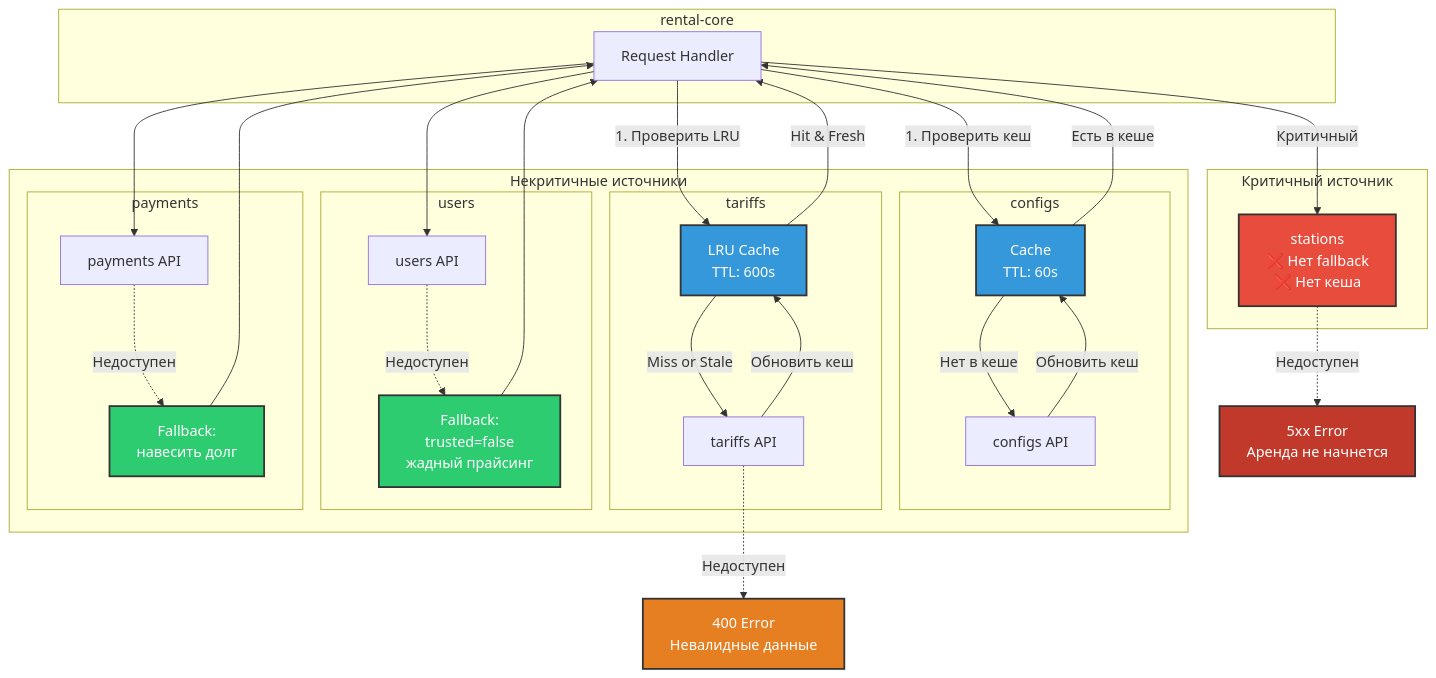
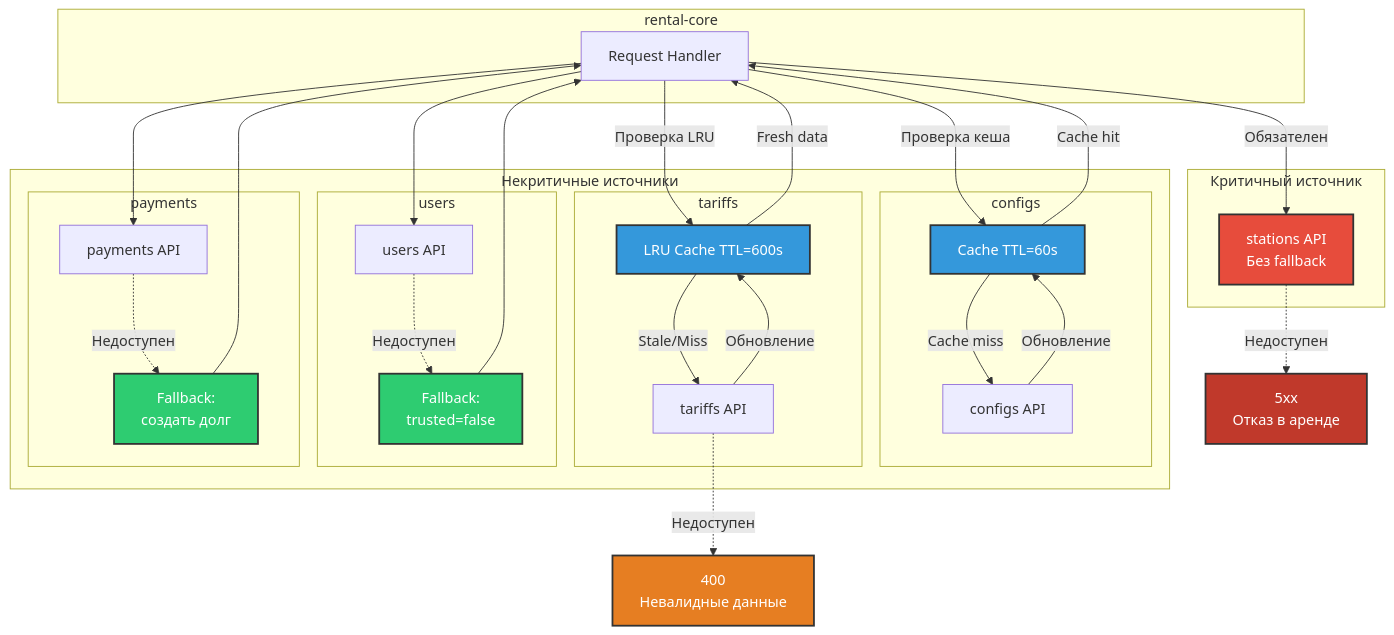
The first of 2 diagrams in diagrams/05-reliability-patterns.md (AlexanderExp/SysDesign-HW-1), drawn with Mermaid before and after one commit. The commit also changed other lines of this file and 4 other files, not shown here.

Commit message:
fixed diagrams

````diff
--- a/diagrams/05-reliability-patterns.md
+++ b/diagrams/05-reliability-patterns.md
@@ -5,62 +5,62 @@
 ```mermaid
 graph TB
     subgraph "rental-core"
         RC[Request Handler]
     end
     
     subgraph "Критичный источник"
-        ST[stations<br/>❌ Нет fallback<br/>❌ Нет кеша]
+        ST[stations API<br/>Без fallback]
     end
     
     subgraph "Некритичные источники"
         subgraph "configs"
             CF[configs API]
-            CC[Cache<br/>TTL: 60s]
+            CC[Cache TTL=60s]
         end
         
         subgraph "tariffs"
             TF[tariffs API]
-            TC[LRU Cache<br/>TTL: 600s]
+            TC[LRU Cache TTL=600s]
         end
         
         subgraph "users"
             UF[users API]
-            UFALLBACK[Fallback:<br/>trusted=false<br/>жадный прайсинг]
+            UFALLBACK[Fallback:<br/>trusted=false]
         end
         
         subgraph "payments"
             PF[payments API]
-            PFALLBACK[Fallback:<br/>навесить долг]
+            PFALLBACK[Fallback:<br/>создать долг]
         end
     end
     
-    RC -->|Критичный| ST
-    ST -.->|Недоступен| ERR[5xx Error<br/>Аренда не начнется]
+    RC -->|Обязателен| ST
+    ST -.->|Недоступен| ERR[5xx<br/>Отказ в аренде]
     
-    RC -->|1. Проверить кеш| CC
-    CC -->|Есть в кеше| RC
-    CC -->|Нет в кеше| CF
-    CF -->|Обновить кеш| CC
+    RC -->|Проверка кеша| CC
+    CC -->|Cache hit| RC
+    CC -->|Cache miss| CF
+    CF -->|Обновление| CC
     
-    RC -->|1. Проверить LRU| TC
-    TC -->|Hit & Fresh| RC
-    TC -->|Miss or Stale| TF
-    TF -->|Обновить кеш| TC
-    TF -.->|Недоступен| ERR2[400 Error<br/>Невалидные данные]
+    RC -->|Проверка LRU| TC
+    TC -->|Fresh data| RC
+    TC -->|Stale/Miss| TF
+    TF -->|Обновление| TC
+    TF -.->|Недоступен| ERR2[400<br/>Невалидные данные]
     
     RC --> UF
     UF -.->|Недоступен| UFALLBACK
     UFALLBACK --> RC
     
     RC --> PF
     PF -.->|Недоступен| PFALLBACK
     PFALLBACK --> RC
     
     style ST fill:#e74c3c,stroke:#333,stroke-width:2px,color:#fff
     style ERR fill:#c0392b,stroke:#333,stroke-width:2px,color:#fff
     style ERR2 fill:#e67e22,stroke:#333,stroke-width:2px,color:#fff
     style CC fill:#3498db,stroke:#333,stroke-width:2px,color:#fff
     style TC fill:#3498db,stroke:#333,stroke-width:2px,color:#fff
     style UFALLBACK fill:#2ecc71,stroke:#333,stroke-width:2px,color:#fff
     style PFALLBACK fill:#2ecc71,stroke:#333,stroke-width:2px,color:#fff
 ```
````
